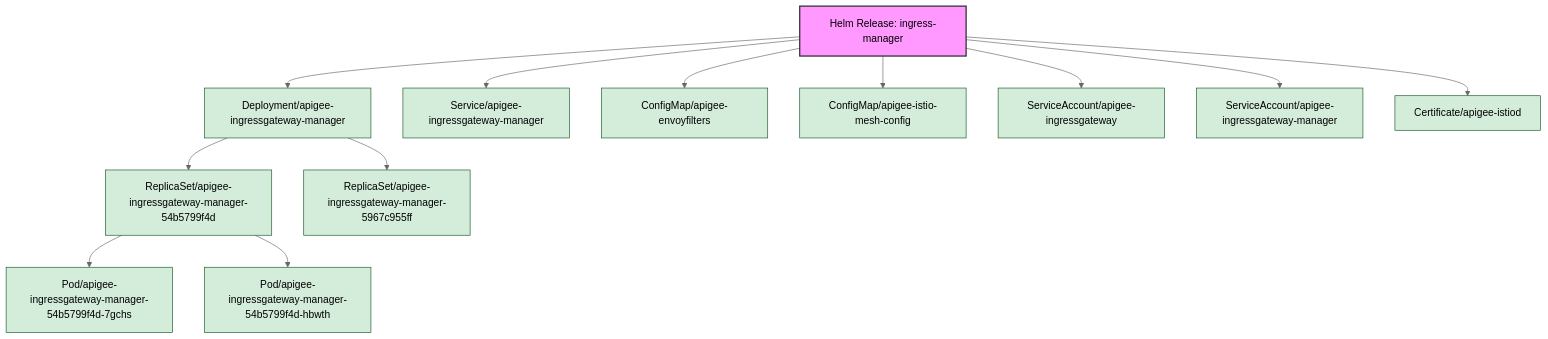
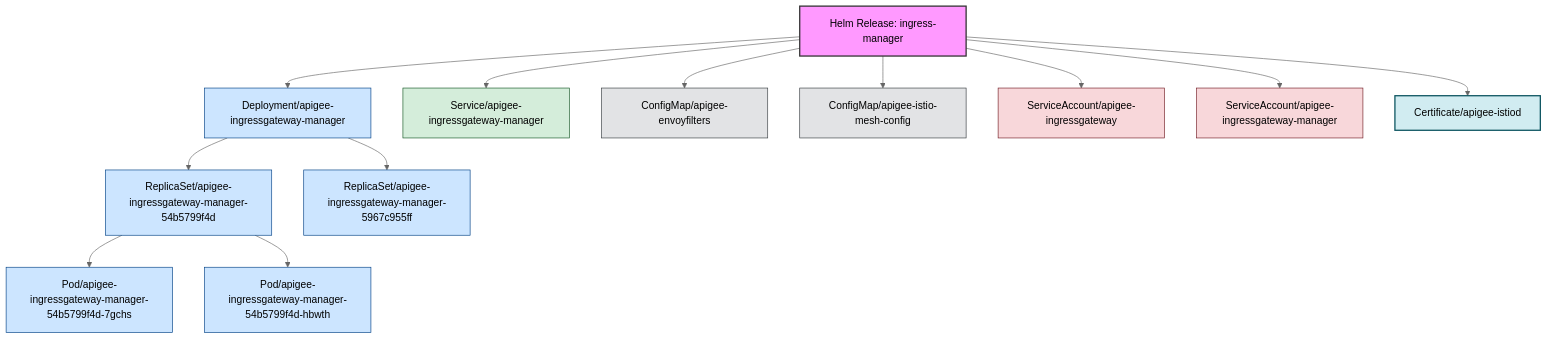
One commit to anaik91/apigee-hybrid-relationship-builder changed the diagram in generated/ingress-manager.md. Above: the diagram before and after it, drawn with Mermaid (neutral theme). The commit also changed other lines of this file and 8 other files, not shown here.

````diff
--- a/generated/ingress-manager.md
+++ b/generated/ingress-manager.md
@@ -10,41 +12,50 @@
 ```mermaid
 graph TD;
-    classDef helm fill:#f9f,stroke:#333,stroke-width:2px;
-    classDef primitive fill:#d4edda,stroke:#155724,stroke-width:1px;
-    classDef apigee_crd fill:#fff3cd,stroke:#856404,stroke-width:2px;
+    classDef helm fill:#f9f,stroke:#333,stroke-width:2px,color:#000
+    classDef workload fill:#cce5ff,stroke:#004085,stroke-width:1px,color:#000
+    classDef network fill:#d4edda,stroke:#155724,stroke-width:1px,color:#000
+    classDef config fill:#e2e3e5,stroke:#383d41,stroke-width:1px,color:#000
+    classDef rbac fill:#f8d7da,stroke:#721c24,stroke-width:1px,color:#000
+    classDef apigee_crd fill:#fff3cd,stroke:#856404,stroke-width:2px,color:#000
+    classDef cert_manager_crd fill:#d1ecf1,stroke:#0c5460,stroke-width:2px,color:#000
+    classDef webhook fill:#ddd,stroke:#333,stroke-width:2px,color:#000
+    classDef default fill:#fff,stroke:#333,stroke-width:1px,color:#000
+
     Deploymentapigeeingressgatewaymanager["Deployment/apigee-ingressgateway-manager"]
-    class Deploymentapigeeingressgatewaymanager primitive;
     ReplicaSetapigeeingressgatewaymanager54b5799f4d["ReplicaSet/apigee-ingressgateway-manager-54b5799f4d"]
-    class ReplicaSetapigeeingressgatewaymanager54b5799f4d primitive;
+    ReplicaSetapigeeingressgatewaymanager5967c955ff["ReplicaSet/apigee-ingressgateway-manager-5967c955ff"]
+    Podapigeeingressgatewaymanager54b5799f4d7gchs["Pod/apigee-ingressgateway-manager-54b5799f4d-7gchs"]
+    Podapigeeingressgatewaymanager54b5799f4dhbwth["Pod/apigee-ingressgateway-manager-54b5799f4d-hbwth"]
+    HelmReleaseingressmanager["Helm Release: ingress-manager"]
+    Serviceapigeeingressgatewaymanager["Service/apigee-ingressgateway-manager"]
+    ConfigMapapigeeenvoyfilters["ConfigMap/apigee-envoyfilters"]
+    ConfigMapapigeeistiomeshconfig["ConfigMap/apigee-istio-mesh-config"]
+    ServiceAccountapigeeingressgateway["ServiceAccount/apigee-ingressgateway"]
+    ServiceAccountapigeeingressgatewaymanager["ServiceAccount/apigee-ingressgateway-manager"]
+    Certificateapigeeistiod["Certificate/apigee-istiod"]
+
+    class Deploymentapigeeingressgatewaymanager workload;
+    class ReplicaSetapigeeingressgatewaymanager54b5799f4d workload;
+    class ReplicaSetapigeeingressgatewaymanager5967c955ff workload;
+    class Podapigeeingressgatewaymanager54b5799f4d7gchs workload;
+    class Podapigeeingressgatewaymanager54b5799f4dhbwth workload;
+    class HelmReleaseingressmanager helm;
+    class Serviceapigeeingressgatewaymanager network;
+    class ConfigMapapigeeenvoyfilters config;
+    class ConfigMapapigeeistiomeshconfig config;
+    class ServiceAccountapigeeingressgateway rbac;
+    class ServiceAccountapigeeingressgatewaymanager rbac;
+    class Certificateapigeeistiod cert_manager_crd;
+
     Deploymentapigeeingressgatewaymanager --> ReplicaSetapigeeingressgatewaymanager54b5799f4d
-    ReplicaSetapigeeingressgatewaymanager5967c955ff["ReplicaSet/apigee-ingressgateway-manager-5967c955ff"]
-    class ReplicaSetapigeeingressgatewaymanager5967c955ff primitive;
     Deploymentapigeeingressgatewaymanager --> ReplicaSetapigeeingressgatewaymanager5967c955ff
-    Podapigeeingressgatewaymanager54b5799f4d7gchs["Pod/apigee-ingressgateway-manager-54b5799f4d-7gchs"]
-    class Podapigeeingressgatewaymanager54b5799f4d7gchs primitive;
     ReplicaSetapigeeingressgatewaymanager54b5799f4d --> Podapigeeingressgatewaymanager54b5799f4d7gchs
-    Podapigeeingressgatewaymanager54b5799f4dhbwth["Pod/apigee-ingressgateway-manager-54b5799f4d-hbwth"]
-    class Podapigeeingressgatewaymanager54b5799f4dhbwth primitive;
     ReplicaSetapigeeingressgatewaymanager54b5799f4d --> Podapigeeingressgatewaymanager54b5799f4dhbwth
-    HelmReleaseingressmanager["Helm Release: ingress-manager"]
-    class HelmReleaseingressmanager helm;
     HelmReleaseingressmanager --> Deploymentapigeeingressgatewaymanager
-    Serviceapigeeingressgatewaymanager["Service/apigee-ingressgateway-manager"]
-    class Serviceapigeeingressgatewaymanager primitive;
     HelmReleaseingressmanager --> Serviceapigeeingressgatewaymanager
-    ConfigMapapigeeenvoyfilters["ConfigMap/apigee-envoyfilters"]
-    class ConfigMapapigeeenvoyfilters primitive;
     HelmReleaseingressmanager --> ConfigMapapigeeenvoyfilters
-    ConfigMapapigeeistiomeshconfig["ConfigMap/apigee-istio-mesh-config"]
-    class ConfigMapapigeeistiomeshconfig primitive;
     HelmReleaseingressmanager --> ConfigMapapigeeistiomeshconfig
-    ServiceAccountapigeeingressgateway["ServiceAccount/apigee-ingressgateway"]
-    class ServiceAccountapigeeingressgateway primitive;
     HelmReleaseingressmanager --> ServiceAccountapigeeingressgateway
-    ServiceAccountapigeeingressgatewaymanager["ServiceAccount/apigee-ingressgateway-manager"]
-    class ServiceAccountapigeeingressgatewaymanager primitive;
     HelmReleaseingressmanager --> ServiceAccountapigeeingressgatewaymanager
-    Certificateapigeeistiod["Certificate/apigee-istiod"]
-    class Certificateapigeeistiod primitive;
     HelmReleaseingressmanager --> Certificateapigeeistiod
 ```
````
